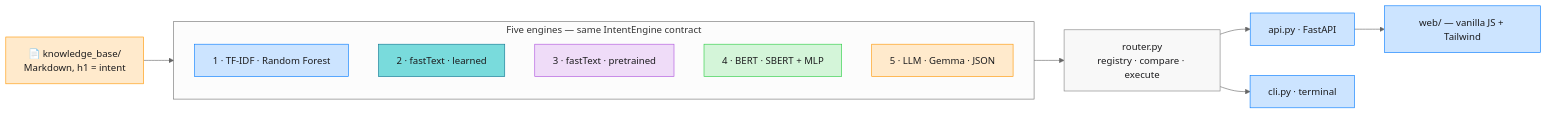
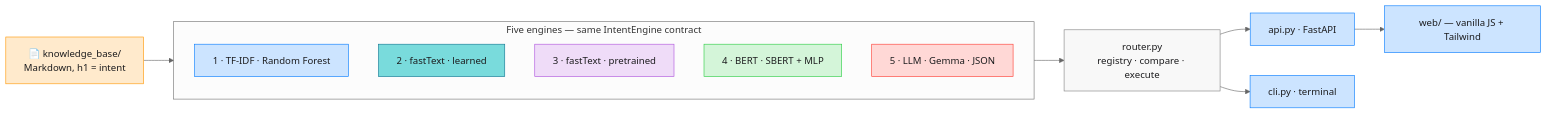
Before and after one commit to warith-harchaoui/intentions: the second of 2 diagrams in README.md, drawn with Mermaid (neutral theme). The commit also changed other lines of this file and 6 other files, not shown here.

First line of the commit message:
8 engines, 8 house colours: one colour per engine across every figure

````diff
--- a/README.md
+++ b/README.md
@@ -266,29 +276,29 @@
 ```mermaid
 flowchart LR
     KB["📄 knowledge_base/<br/>Markdown, h1 = intent"] --> Engines
 
     subgraph Engines["Five engines — same IntentEngine contract"]
         direction TB
         E1["1 · TF-IDF · Random Forest"]
         E2["2 · fastText · learned"]
         E3["3 · fastText · pretrained"]
         E4["4 · BERT · SBERT + MLP"]
         E5["5 · LLM · Gemma · JSON"]
     end
 
     Engines --> R["router.py<br/>registry · compare · execute"]
     R --> API["api.py · FastAPI"]
     R --> CLI["cli.py · terminal"]
     API --> WEB["web/ — vanilla JS + Tailwind"]
 
     style KB fill:#FFEACC,stroke:#FF9500,color:#1C1C1E
     style R fill:#F8F8F8,stroke:#808080,color:#1C1C1E
     style E1 fill:#CCE4FF,stroke:#007AFF,color:#1C1C1E
     style E2 fill:#79DBDC,stroke:#0E7490,color:#1C1C1E
     style E3 fill:#EFDCF8,stroke:#AF52DE,color:#1C1C1E
     style E4 fill:#D4F5D9,stroke:#28CD41,color:#1C1C1E
-    style E5 fill:#FFEACC,stroke:#FF9500,color:#1C1C1E
+    style E5 fill:#FFD8D6,stroke:#FF3B30,color:#1C1C1E
     style API fill:#CCE4FF,stroke:#007AFF,color:#1C1C1E
     style CLI fill:#CCE4FF,stroke:#007AFF,color:#1C1C1E
     style WEB fill:#CCE4FF,stroke:#007AFF,color:#1C1C1E
 ```
````
